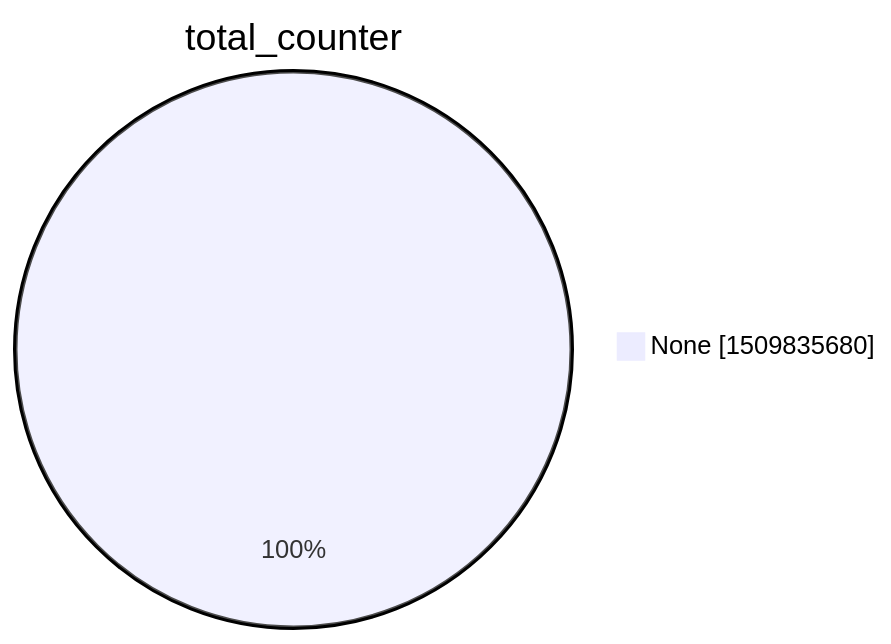
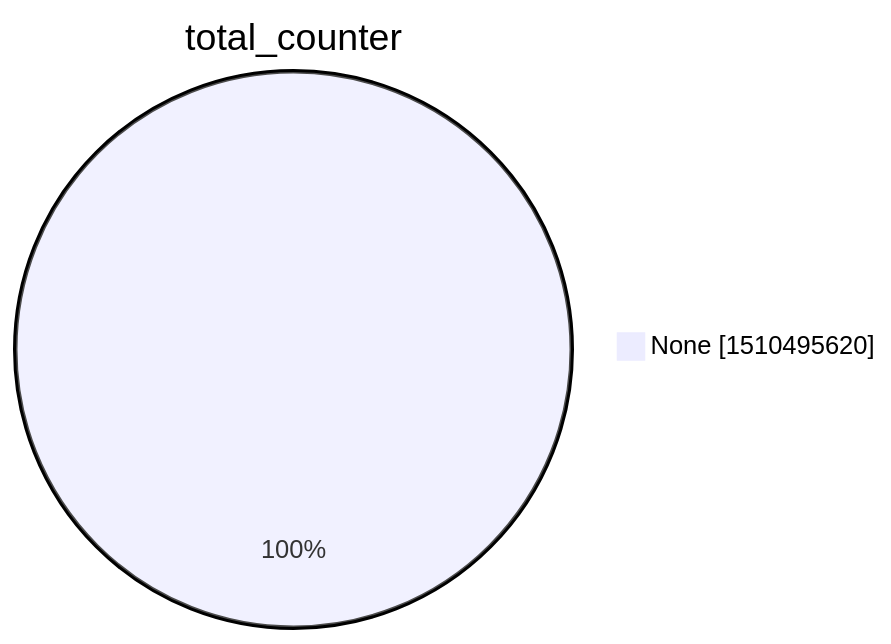
The second of 15 diagrams in argon2022/README.md (christiankrug/ctmonitor_visualization), drawn with Mermaid before and after one commit. The commit also changed other lines of this file, not shown here.

````diff
--- a/argon2022/README.md
+++ b/argon2022/README.md
@@ -9,5 +9,5 @@
 ```mermaid
 pie showData
 title total_counter
-"None" :1509835680
+"None" :1510495620
 ```
````
